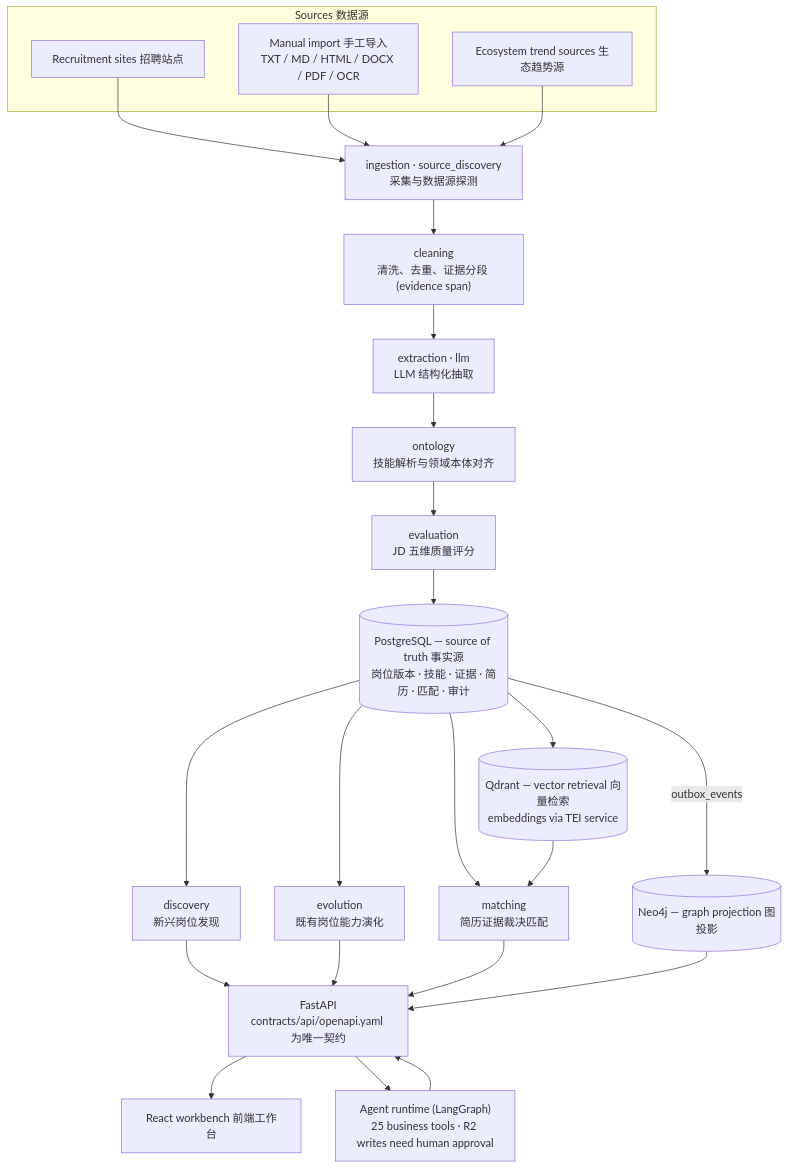
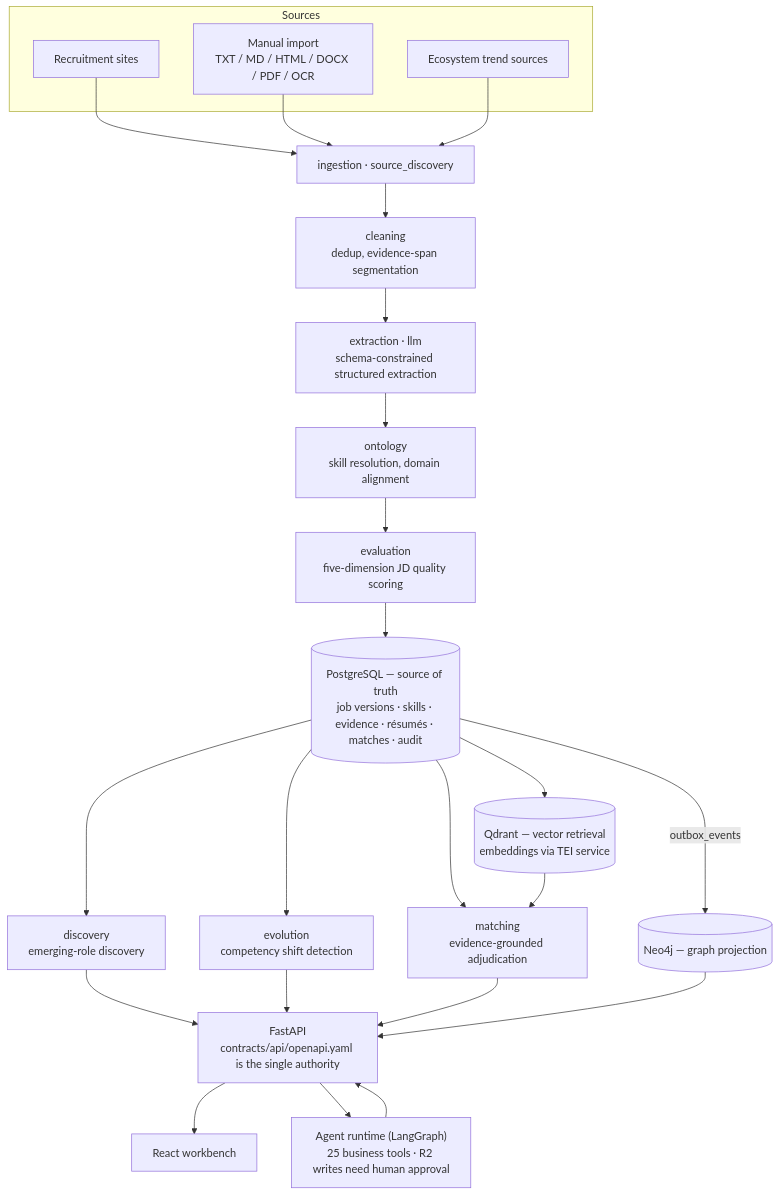
One commit to Hanwen-Tao/project-portfolio changed the first of 4 diagrams in docs/01-artifex.md. Above: the diagram before and after it, drawn with Mermaid. The commit also changed other lines of this file and 11 other files, not shown here.

````diff
--- a/docs/01-artifex.md
+++ b/docs/01-artifex.md
@@ -53,30 +53,30 @@
 ```mermaid
 flowchart TD
-    subgraph SRC ["Sources 数据源"]
-        S1["Recruitment sites 招聘站点"]
-        S2["Manual import 手工导入<br/>TXT / MD / HTML / DOCX / PDF / OCR"]
-        S3["Ecosystem trend sources 生态趋势源"]
+    subgraph SRC ["Sources"]
+        S1["Recruitment sites"]
+        S2["Manual import<br/>TXT / MD / HTML / DOCX / PDF / OCR"]
+        S3["Ecosystem trend sources"]
     end
 
-    S1 & S2 & S3 --> IN["ingestion · source_discovery<br/>采集与数据源探测"]
-    IN --> CL["cleaning<br/>清洗、去重、证据分段 (evidence span)"]
-    CL --> EX["extraction · llm<br/>LLM 结构化抽取"]
-    EX --> ON["ontology<br/>技能解析与领域本体对齐"]
-    ON --> QA["evaluation<br/>JD 五维质量评分"]
+    S1 & S2 & S3 --> IN["ingestion · source_discovery"]
+    IN --> CL["cleaning<br/>dedup, evidence-span segmentation"]
+    CL --> EX["extraction · llm<br/>schema-constrained structured extraction"]
+    EX --> ON["ontology<br/>skill resolution, domain alignment"]
+    ON --> QA["evaluation<br/>five-dimension JD quality scoring"]
 
-    QA --> PG[("PostgreSQL — source of truth 事实源<br/>岗位版本 · 技能 · 证据 · 简历 · 匹配 · 审计")]
+    QA --> PG[("PostgreSQL — source of truth<br/>job versions · skills · evidence · résumés · matches · audit")]
 
-    PG -->|outbox_events| NEO[("Neo4j — graph projection 图投影")]
-    PG --> QD[("Qdrant — vector retrieval 向量检索<br/>embeddings via TEI service")]
+    PG -->|outbox_events| NEO[("Neo4j — graph projection")]
+    PG --> QD[("Qdrant — vector retrieval<br/>embeddings via TEI service")]
 
-    PG --> DIS["discovery<br/>新兴岗位发现"]
-    PG --> EVO["evolution<br/>既有岗位能力演化"]
-    PG --> MAT["matching<br/>简历证据裁决匹配"]
+    PG --> DIS["discovery<br/>emerging-role discovery"]
+    PG --> EVO["evolution<br/>competency shift detection"]
+    PG --> MAT["matching<br/>evidence-grounded adjudication"]
 
-    DIS & EVO & MAT --> API["FastAPI<br/>contracts/api/openapi.yaml 为唯一契约"]
+    DIS & EVO & MAT --> API["FastAPI<br/>contracts/api/openapi.yaml is the single authority"]
     NEO --> API
     QD --> MAT
-    API --> FE["React workbench 前端工作台"]
+    API --> FE["React workbench"]
     API --> AG["Agent runtime (LangGraph)<br/>25 business tools · R2 writes need human approval"]
     AG --> API
 ```
````
